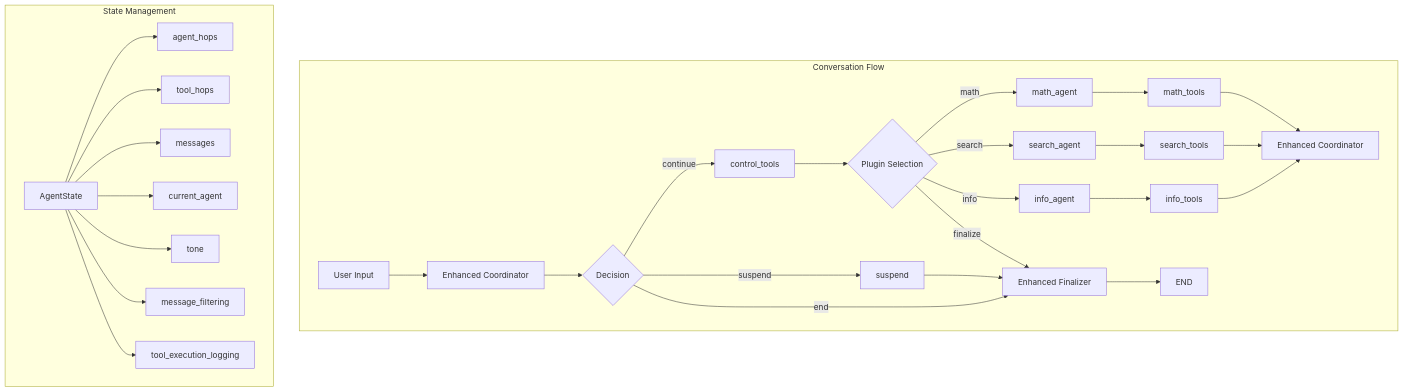
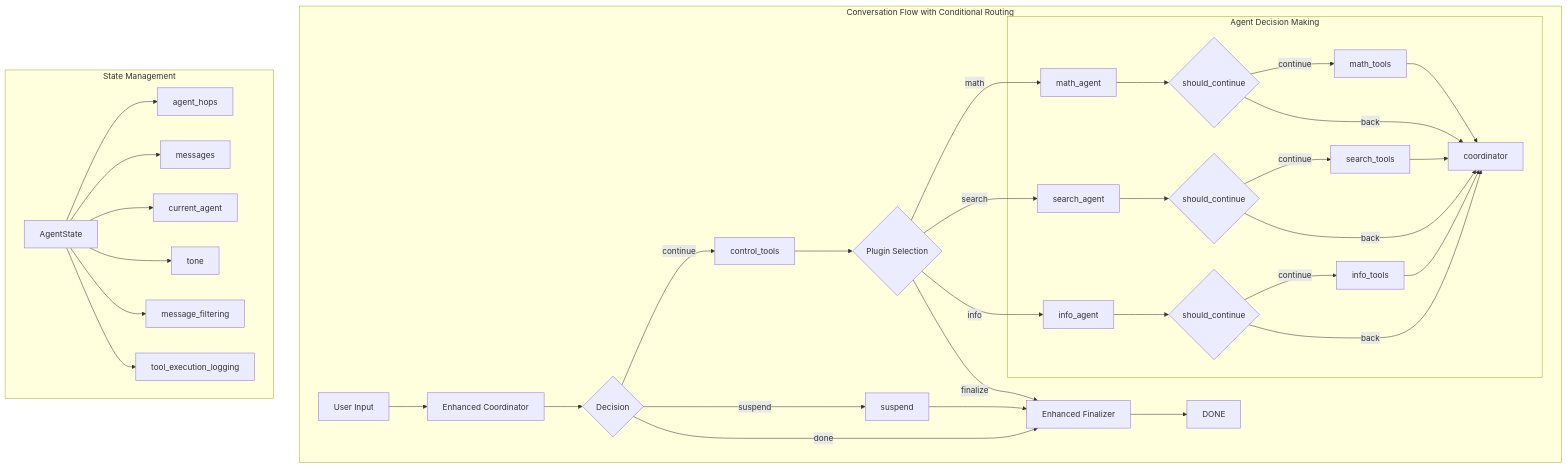
Before and after one commit to jonaskahn/cadence: the seventh of 9 diagrams in docs/concepts/langgraph-architecture.md, drawn with Mermaid. The commit also changed other lines of this file and 41 other files, not shown here.

First line of the commit message:
refactor: consolidate hop counting to agent_hops only

````diff
--- a/docs/concepts/langgraph-architecture.md
+++ b/docs/concepts/langgraph-architecture.md
@@ -724,38 +401,46 @@
 ```mermaid
 graph TB
-    subgraph "Conversation Flow"
+    subgraph "Conversation Flow with Conditional Routing"
         A[User Input] --> B[Enhanced Coordinator]
         B --> C{Decision}
         
         C -->|continue| D[control_tools]
         C -->|suspend| E[suspend]
-        C -->|end| K[Enhanced Finalizer]
+        C -->|done| K[Enhanced Finalizer]
         
         D --> G{Plugin Selection}
         G -->|math| H[math_agent]
         G -->|search| I[search_agent]
         G -->|info| J[info_agent]
         G -->|finalize| K
         
-        H --> L[math_tools]
-        I --> M[search_tools]
-        J --> N[info_tools]
-        
-        L --> O[Enhanced Coordinator]
-        M --> O
-        N --> O
+        subgraph "Agent Decision Making"
+            H --> L{should_continue}
+            I --> M{should_continue}
+            J --> N{should_continue}
+            
+            L -->|continue| O[math_tools]
+            L -->|back| P[coordinator]
+            M -->|continue| Q[search_tools]
+            M -->|back| P
+            N -->|continue| R[info_tools]
+            N -->|back| P
+            
+            O --> P
+            Q --> P
+            R --> P
+        end
         
         E --> K
-        K --> F[END]
+        K --> F[DONE]
     end
     
     subgraph "State Management"
-        P[AgentState] --> Q[agent_hops]
-        P --> R[tool_hops]
-        P --> S[messages]
-        P --> T[current_agent]
-        P --> U[tone]
-        P --> V[message_filtering]
-        P --> W[tool_execution_logging]
+        S[AgentState] --> T[agent_hops]
+        S --> U[messages]
+        S --> V[current_agent]
+        S --> W[tone]
+        S --> X[message_filtering]
+        S --> Y[tool_execution_logging]
     end
 ```
````
